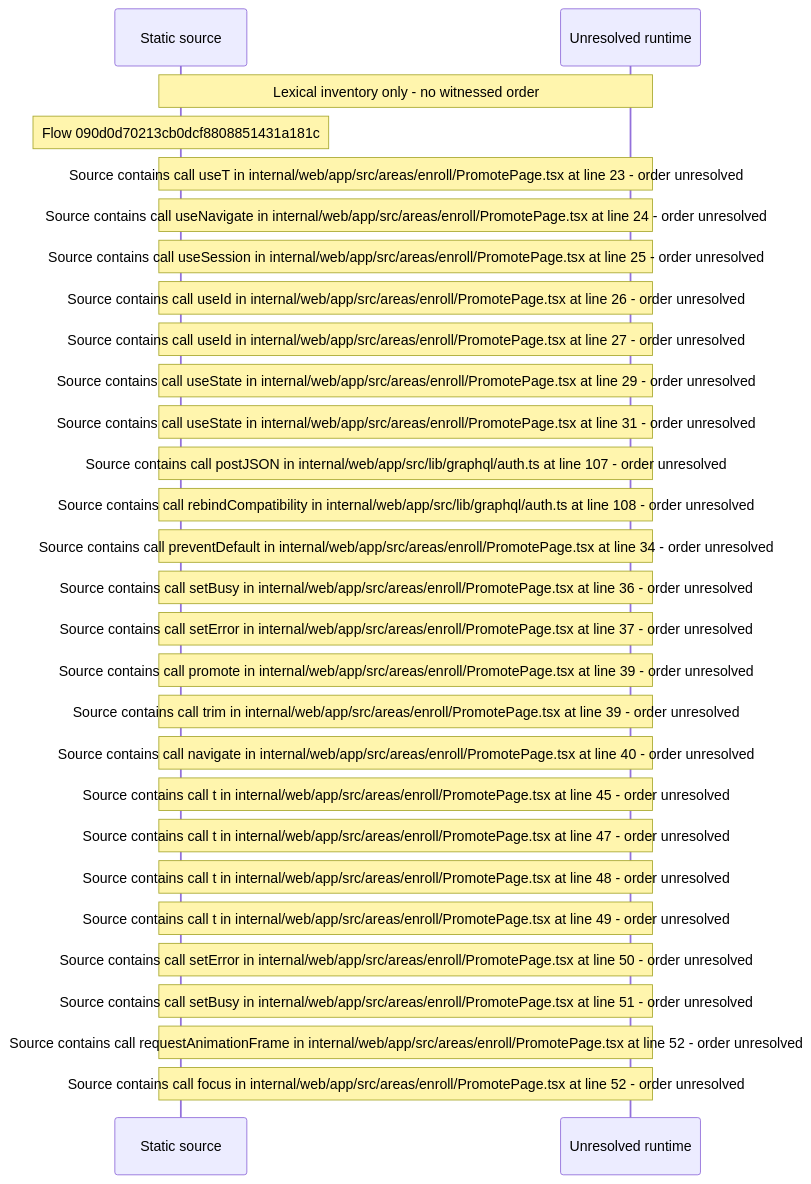
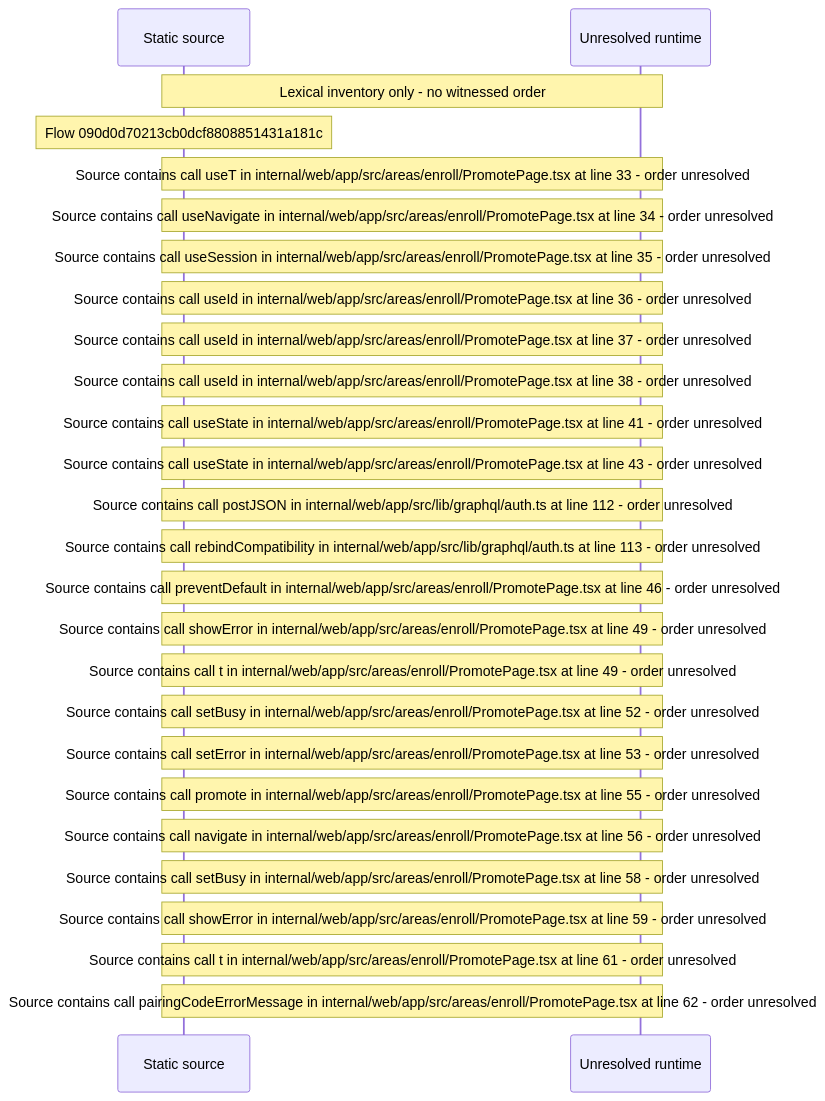
Before and after one commit to beamfall/core: the diagram in docs/web/flows/generated/090d0d70213cb0dcf8808851431a181c/flow-diagram.md, drawn with Mermaid. The commit also changed other lines of this file and 715 other files, not shown here.

First line of the commit message:
Regenerate the web flow record on main after CORE-1117

````diff
--- a/docs/web/flows/generated/090d0d70213cb0dcf8808851431a181c/flow-diagram.md
+++ b/docs/web/flows/generated/090d0d70213cb0dcf8808851431a181c/flow-diagram.md
@@ -10,30 +10,28 @@
 ```mermaid
 sequenceDiagram
     participant S as Static source
     participant U as Unresolved runtime
     Note over S,U: Lexical inventory only - no witnessed order
     Note over S: Flow 090d0d70213cb0dcf8808851431a181c
-    Note over S,U: Source contains call useT in internal/web/app/src/areas/enroll/PromotePage.tsx at line 23 - order unresolved
-    Note over S,U: Source contains call useNavigate in internal/web/app/src/areas/enroll/PromotePage.tsx at line 24 - order unresolved
-    Note over S,U: Source contains call useSession in internal/web/app/src/areas/enroll/PromotePage.tsx at line 25 - order unresolved
-    Note over S,U: Source contains call useId in internal/web/app/src/areas/enroll/PromotePage.tsx at line 26 - order unresolved
-    Note over S,U: Source contains call useId in internal/web/app/src/areas/enroll/PromotePage.tsx at line 27 - order unresolved
-    Note over S,U: Source contains call useState in internal/web/app/src/areas/enroll/PromotePage.tsx at line 29 - order unresolved
-    Note over S,U: Source contains call useState in internal/web/app/src/areas/enroll/PromotePage.tsx at line 31 - order unresolved
-    Note over S,U: Source contains call postJSON in internal/web/app/src/lib/graphql/auth.ts at line 107 - order unresolved
-    Note over S,U: Source contains call rebindCompatibility in internal/web/app/src/lib/graphql/auth.ts at line 108 - order unresolved
-    Note over S,U: Source contains call preventDefault in internal/web/app/src/areas/enroll/PromotePage.tsx at line 34 - order unresolved
-    Note over S,U: Source contains call setBusy in internal/web/app/src/areas/enroll/PromotePage.tsx at line 36 - order unresolved
-    Note over S,U: Source contains call setError in internal/web/app/src/areas/enroll/PromotePage.tsx at line 37 - order unresolved
-    Note over S,U: Source contains call promote in internal/web/app/src/areas/enroll/PromotePage.tsx at line 39 - order unresolved
-    Note over S,U: Source contains call trim in internal/web/app/src/areas/enroll/PromotePage.tsx at line 39 - order unresolved
-    Note over S,U: Source contains call navigate in internal/web/app/src/areas/enroll/PromotePage.tsx at line 40 - order unresolved
-    Note over S,U: Source contains call t in internal/web/app/src/areas/enroll/PromotePage.tsx at line 45 - order unresolved
-    Note over S,U: Source contains call t in internal/web/app/src/areas/enroll/PromotePage.tsx at line 47 - order unresolved
-    Note over S,U: Source contains call t in internal/web/app/src/areas/enroll/PromotePage.tsx at line 48 - order unresolved
+    Note over S,U: Source contains call useT in internal/web/app/src/areas/enroll/PromotePage.tsx at line 33 - order unresolved
+    Note over S,U: Source contains call useNavigate in internal/web/app/src/areas/enroll/PromotePage.tsx at line 34 - order unresolved
+    Note over S,U: Source contains call useSession in internal/web/app/src/areas/enroll/PromotePage.tsx at line 35 - order unresolved
+    Note over S,U: Source contains call useId in internal/web/app/src/areas/enroll/PromotePage.tsx at line 36 - order unresolved
+    Note over S,U: Source contains call useId in internal/web/app/src/areas/enroll/PromotePage.tsx at line 37 - order unresolved
+    Note over S,U: Source contains call useId in internal/web/app/src/areas/enroll/PromotePage.tsx at line 38 - order unresolved
+    Note over S,U: Source contains call useState in internal/web/app/src/areas/enroll/PromotePage.tsx at line 41 - order unresolved
+    Note over S,U: Source contains call useState in internal/web/app/src/areas/enroll/PromotePage.tsx at line 43 - order unresolved
+    Note over S,U: Source contains call postJSON in internal/web/app/src/lib/graphql/auth.ts at line 112 - order unresolved
+    Note over S,U: Source contains call rebindCompatibility in internal/web/app/src/lib/graphql/auth.ts at line 113 - order unresolved
+    Note over S,U: Source contains call preventDefault in internal/web/app/src/areas/enroll/PromotePage.tsx at line 46 - order unresolved
+    Note over S,U: Source contains call showError in internal/web/app/src/areas/enroll/PromotePage.tsx at line 49 - order unresolved
     Note over S,U: Source contains call t in internal/web/app/src/areas/enroll/PromotePage.tsx at line 49 - order unresolved
-    Note over S,U: Source contains call setError in internal/web/app/src/areas/enroll/PromotePage.tsx at line 50 - order unresolved
-    Note over S,U: Source contains call setBusy in internal/web/app/src/areas/enroll/PromotePage.tsx at line 51 - order unresolved
-    Note over S,U: Source contains call requestAnimationFrame in internal/web/app/src/areas/enroll/PromotePage.tsx at line 52 - order unresolved
-    Note over S,U: Source contains call focus in internal/web/app/src/areas/enroll/PromotePage.tsx at line 52 - order unresolved
+    Note over S,U: Source contains call setBusy in internal/web/app/src/areas/enroll/PromotePage.tsx at line 52 - order unresolved
+    Note over S,U: Source contains call setError in internal/web/app/src/areas/enroll/PromotePage.tsx at line 53 - order unresolved
+    Note over S,U: Source contains call promote in internal/web/app/src/areas/enroll/PromotePage.tsx at line 55 - order unresolved
+    Note over S,U: Source contains call navigate in internal/web/app/src/areas/enroll/PromotePage.tsx at line 56 - order unresolved
+    Note over S,U: Source contains call setBusy in internal/web/app/src/areas/enroll/PromotePage.tsx at line 58 - order unresolved
+    Note over S,U: Source contains call showError in internal/web/app/src/areas/enroll/PromotePage.tsx at line 59 - order unresolved
+    Note over S,U: Source contains call t in internal/web/app/src/areas/enroll/PromotePage.tsx at line 61 - order unresolved
+    Note over S,U: Source contains call pairingCodeErrorMessage in internal/web/app/src/areas/enroll/PromotePage.tsx at line 62 - order unresolved
 ```
````
